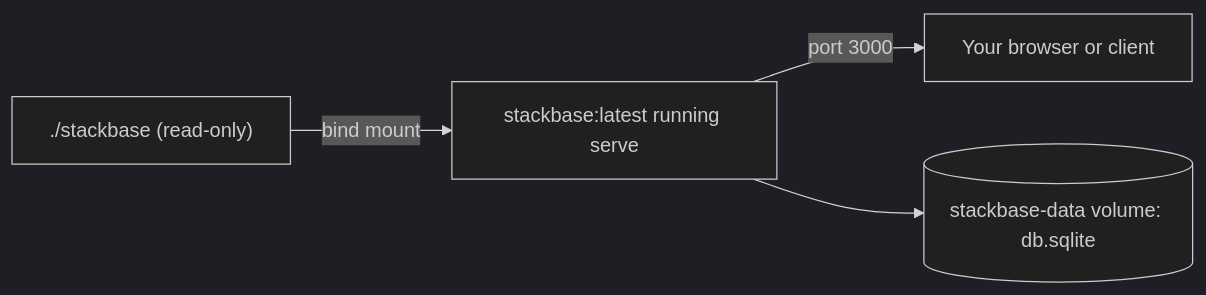
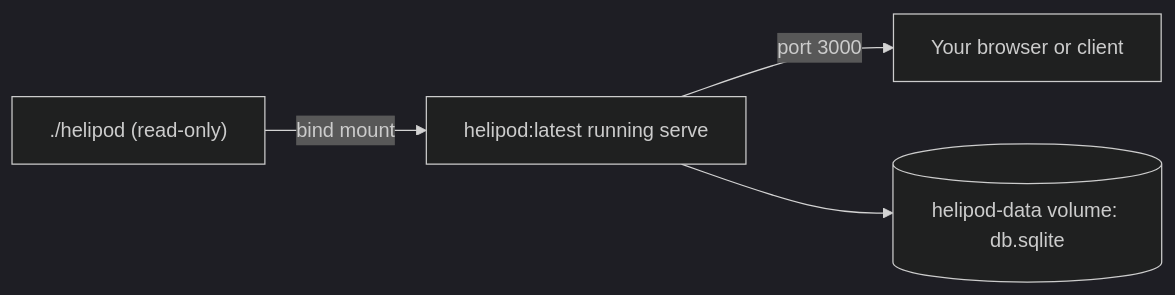
The diagram in website/content/docs/deploy/self-hosting.mdx (helipod-sh/helipod), drawn with Mermaid (dark theme) before and after one commit. The commit also changed other lines of this file and 1141 other files, not shown here.

First line of the commit message:
feat: rename project from stackbase to helipod

````diff
--- a/website/content/docs/deploy/self-hosting.mdx
+++ b/website/content/docs/deploy/self-hosting.mdx
@@ -198,6 +198,6 @@
 ```mermaid
 flowchart LR
-  AppDir["./stackbase (read-only)"] -->|"bind mount"| Container["stackbase:latest running serve"]
+  AppDir["./helipod (read-only)"] -->|"bind mount"| Container["helipod:latest running serve"]
   Container -->|"port 3000"| You["Your browser or client"]
-  Container --> Data[("stackbase-data volume: db.sqlite")]
+  Container --> Data[("helipod-data volume: db.sqlite")]
 ```
````
